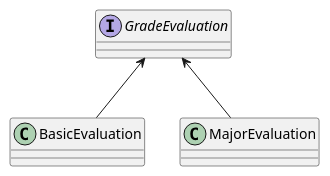
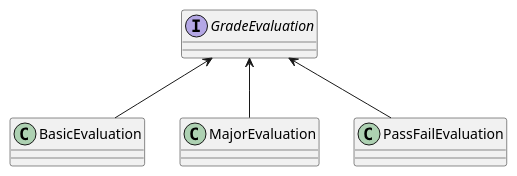
Before and after one commit to Hyuk1996/grade-calculator: the diagram in gradeCalculator/uml/gradeCalculatorUml3.puml, drawn with PlantUML. The commit also changed 5 other files, not shown here.

```diff
--- a/gradeCalculator/uml/gradeCalculatorUml3.puml
+++ b/gradeCalculator/uml/gradeCalculatorUml3.puml
@@ -1,11 +1,12 @@
 @startuml
 'https://plantuml.com/class-diagram
 
 interface GradeEvaluation
 class BasicEvaluation
 class MajorEvaluation
+class PassFailEvaluation
 
 GradeEvaluation <-- BasicEvaluation
 GradeEvaluation <-- MajorEvaluation
-
+GradeEvaluation <-- PassFailEvaluation
 @enduml
```
